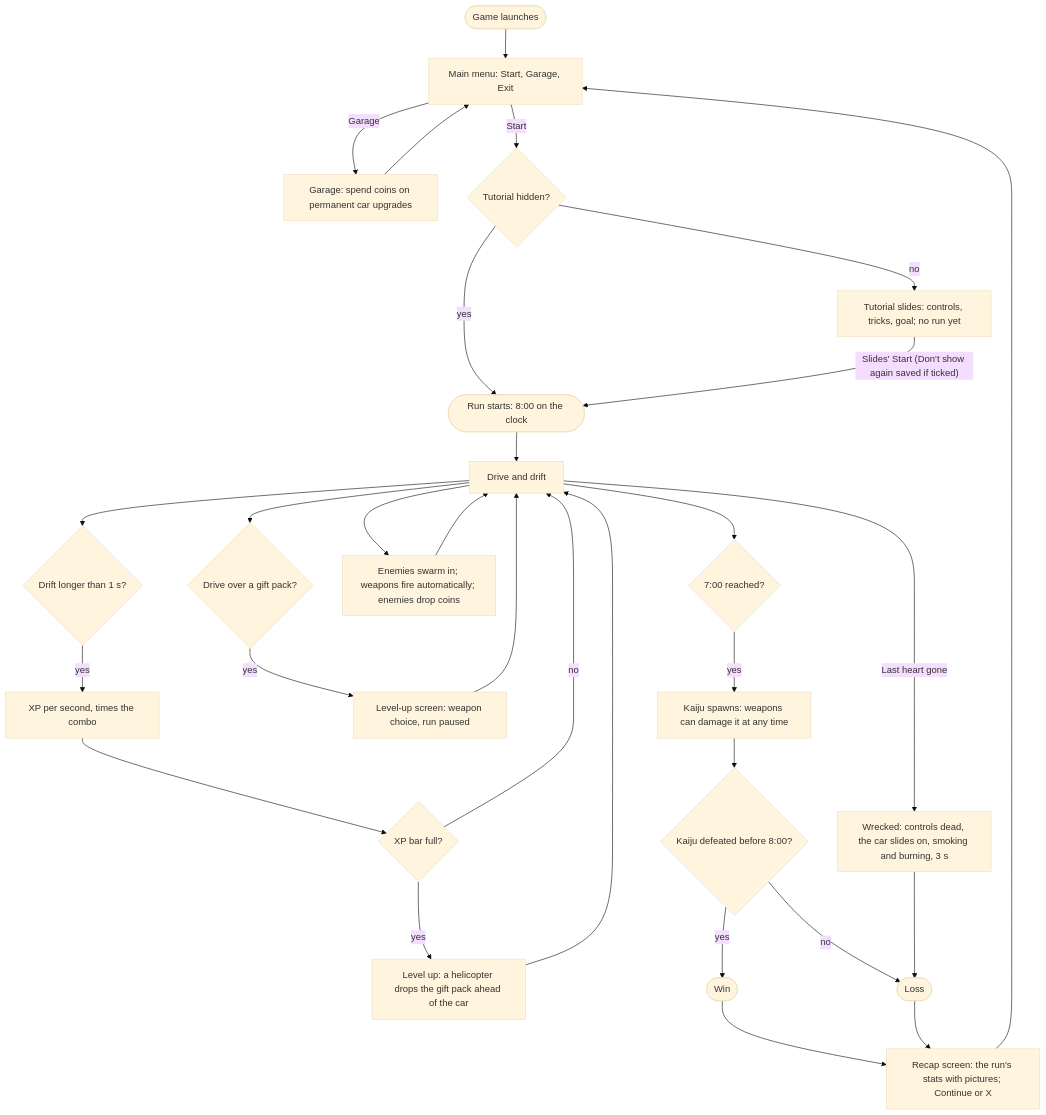
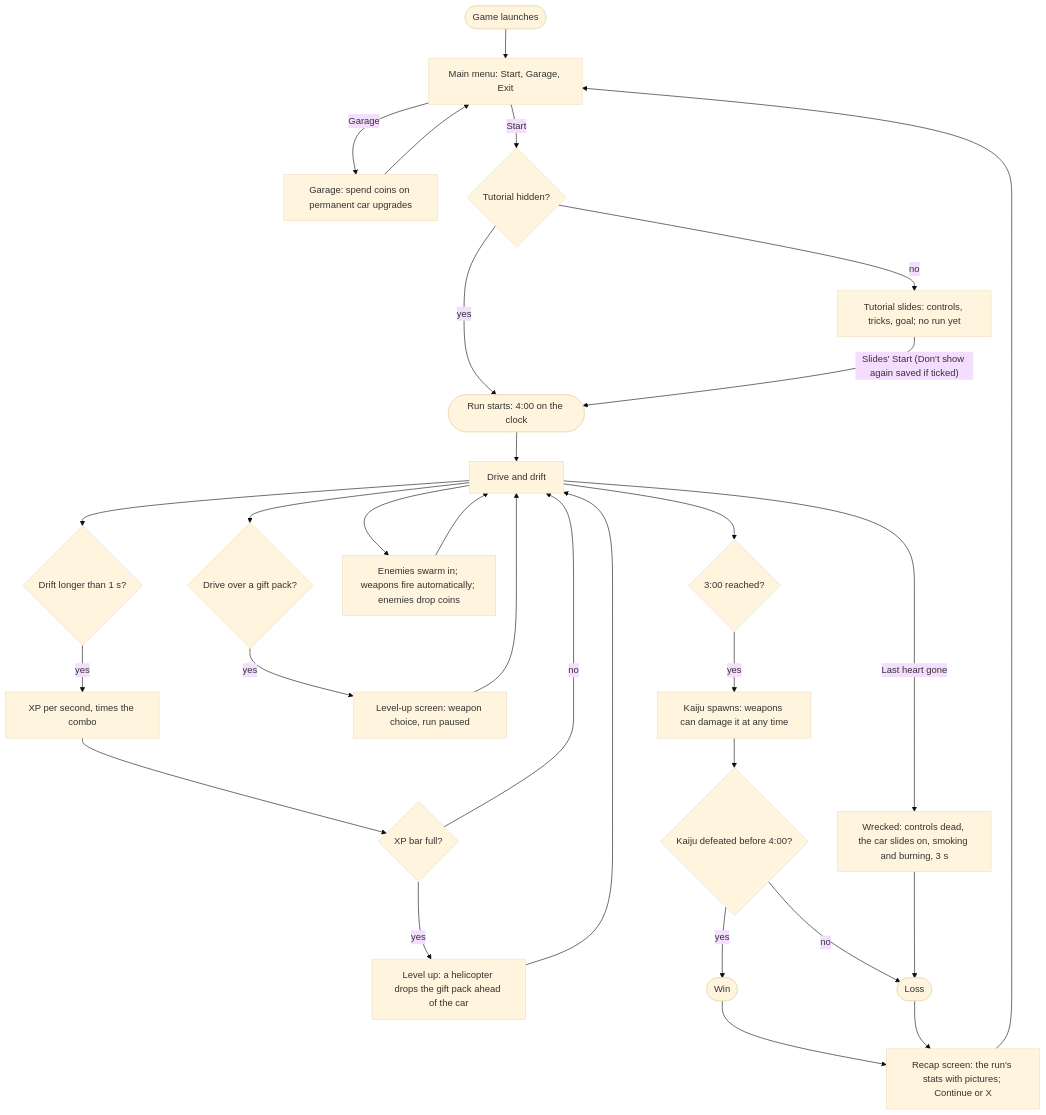
The diagram in docs/game-loop-architecture.md (akyrat/solid-carbide-game), drawn with Mermaid (base theme) before and after one commit. The commit also changed other lines of this file and 45 other files, not shown here.

First line of the commit message:
T-521: the 4-minute run: kaiju at 3:00, 3 weapon and 3 power-up slots, tier-2 first pick, the heal (Game loop architecture)

````diff
--- a/docs/game-loop-architecture.md
+++ b/docs/game-loop-architecture.md
@@ -73,26 +73,26 @@
 ```mermaid
 flowchart TD
     launch([Game launches]) --> menu
-    start([Run starts: 8:00 on the clock]) --> drive[Drive and drift]
+    start([Run starts: 4:00 on the clock]) --> drive[Drive and drift]
     drive --> drift{Drift longer than 1 s?}
     drift -- yes --> dxp[XP per second, times the combo] --> lvl{XP bar full?}
     lvl -- yes --> heli[Level up: a helicopter drops the gift pack ahead of the car] --> drive
     drive --> pack{Drive over a gift pack?}
     pack -- yes --> choice[Level-up screen: weapon choice, run paused] --> drive
     lvl -- no --> drive
     drive --> enemies[Enemies swarm in; weapons fire automatically; enemies drop coins] --> drive
-    drive --> boss{7:00 reached?}
+    drive --> boss{3:00 reached?}
     boss -- yes --> kaiju[Kaiju spawns: weapons can damage it at any time]
-    kaiju --> win{Kaiju defeated before 8:00?}
+    kaiju --> win{Kaiju defeated before 4:00?}
     win -- yes --> won([Win])
     win -- no --> lost([Loss])
     drive -- Last heart gone --> wreck[Wrecked: controls dead, the car slides on, smoking and burning, 3 s] --> lost
     won --> recap[Recap screen: the run's stats with pictures; Continue or X]
     lost --> recap
     recap --> menu[Main menu: Start, Garage, Exit]
     menu -- Garage --> garage[Garage: spend coins on permanent car upgrades] --> menu
     menu -- Start --> hidden{Tutorial hidden?}
     hidden -- yes --> start
     hidden -- no --> slides[Tutorial slides: controls, tricks, goal; no run yet]
     slides -- "Slides' Start (Don't show again saved if ticked)" --> start
 ```
````
